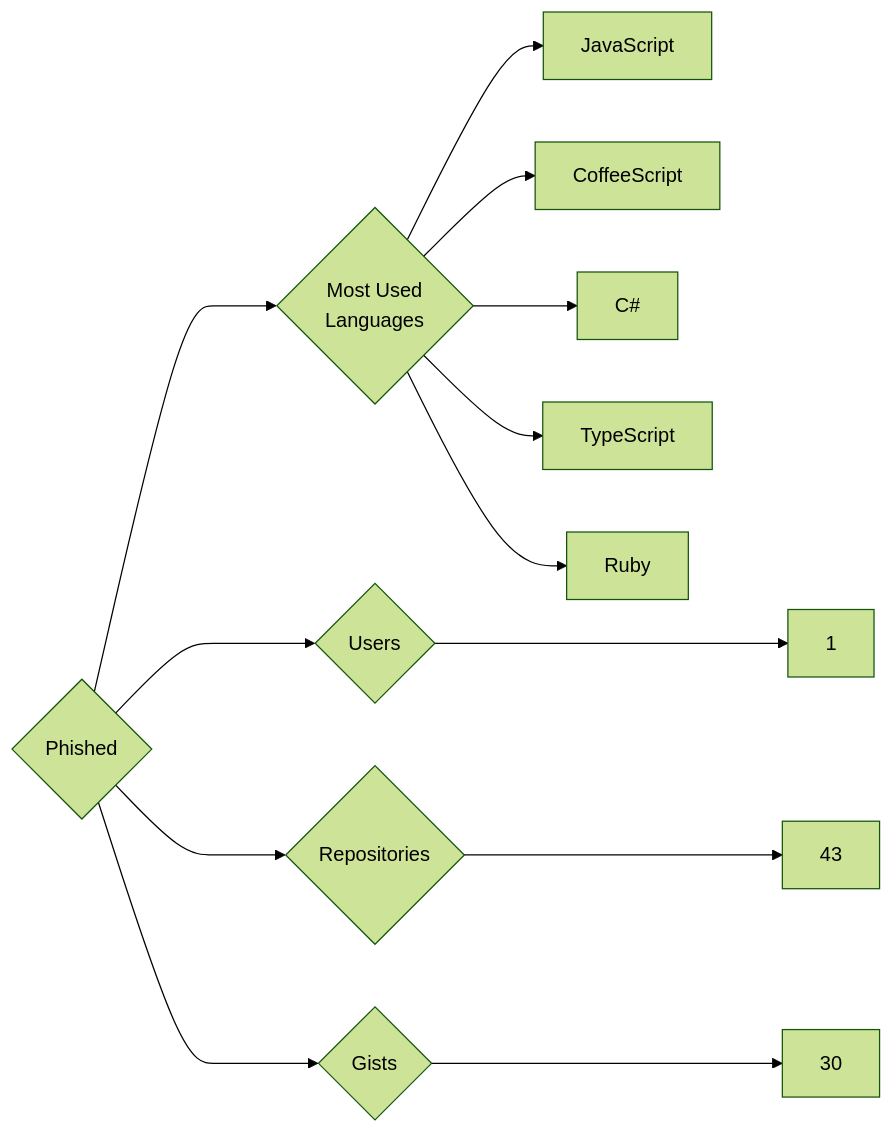
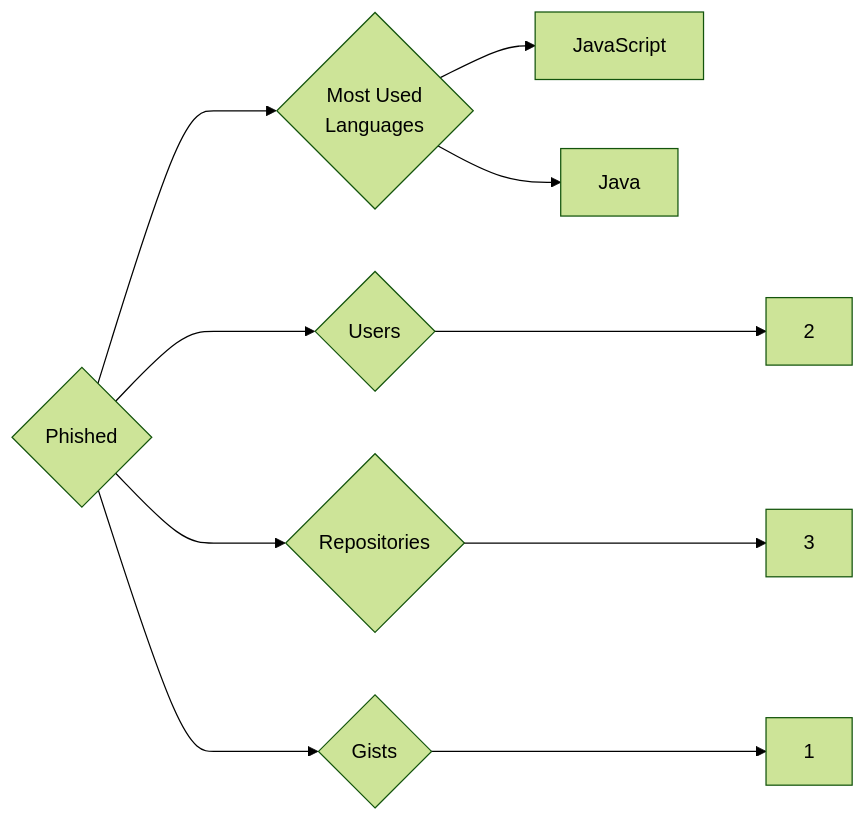
The diagram in targets/Phished/README.md (trickest/insiders), drawn with Mermaid (forest theme) before and after one commit. The commit also changed 765 other files, not shown here.

````diff
--- a/targets/Phished/README.md
+++ b/targets/Phished/README.md
@@ -3,13 +3,10 @@
 ```mermaid
 graph LR
 COMPANY_NAME{Phished}
-COMPANY_NAME ---> U{Users} ---> UN[1]
-COMPANY_NAME ---> R{Repositories} ---> RN[43]
-COMPANY_NAME ---> G{Gists} ---> GN[30]
+COMPANY_NAME ---> U{Users} ---> UN[2]
+COMPANY_NAME ---> R{Repositories} ---> RN[3]
+COMPANY_NAME ---> G{Gists} ---> GN[1]
 COMPANY_NAME ---> ML{Most Used<br>Languages}
 ML --> JavaScript[JavaScript]
-ML --> CoffeeScript[CoffeeScript]
-ML --> C#[C#]
-ML --> TypeScript[TypeScript]
-ML --> Ruby[Ruby]
+ML --> Java[Java]
 ```
````
